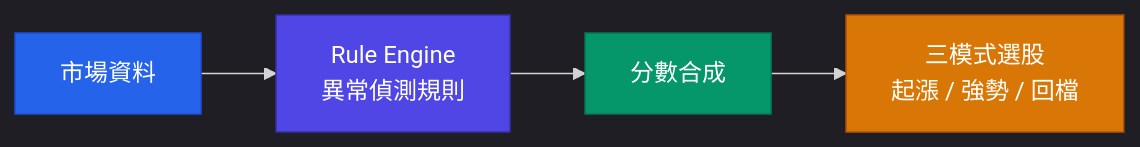
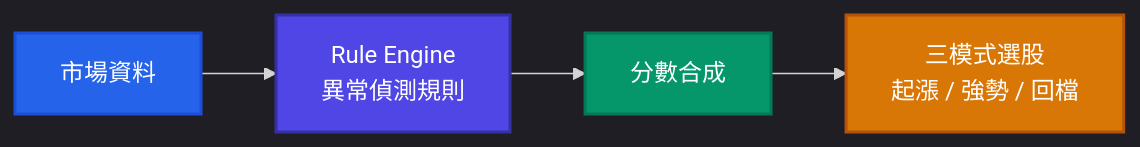
The first of 2 diagrams in docs/RULE_ENGINE.md (Neal75418/daredevil), drawn with Mermaid before and after one commit. The commit also changed other lines of this file and 2 other files, not shown here.

First line of the commit message:
docs(rule-engine): 補完 review 剩下的十項

````diff
--- a/docs/RULE_ENGINE.md
+++ b/docs/RULE_ENGINE.md
@@ -41,12 +41,17 @@
 ```mermaid
 %%{init: {'theme': 'dark'}}%%
 flowchart LR
     Data["市場資料"] --> Engine["Rule Engine<br/>異常偵測規則"]
     Engine --> Score["分數合成"]
     Score --> Modes["三模式選股<br/>起漲 / 強勢 / 回檔"]
 
-    style Data fill:#2563EB,color:#fff,stroke:#1D4ED8
-    style Engine fill:#4F46E5,stroke:#3730A3,color:#fff
-    style Score fill:#059669,color:#fff,stroke:#047857
-    style Modes fill:#D97706,color:#fff,stroke:#B45309
+    classDef src fill:#2563EB,stroke:#1D4ED8,stroke-width:2px,color:#FFFFFF
+    classDef eng fill:#4F46E5,stroke:#3730A3,stroke-width:2px,color:#FFFFFF
+    classDef calc fill:#059669,stroke:#047857,stroke-width:2px,color:#FFFFFF
+    classDef out fill:#D97706,stroke:#B45309,stroke-width:2px,color:#FFFFFF
+
+    class Data src
+    class Engine eng
+    class Score calc
+    class Modes out
 ```
````
